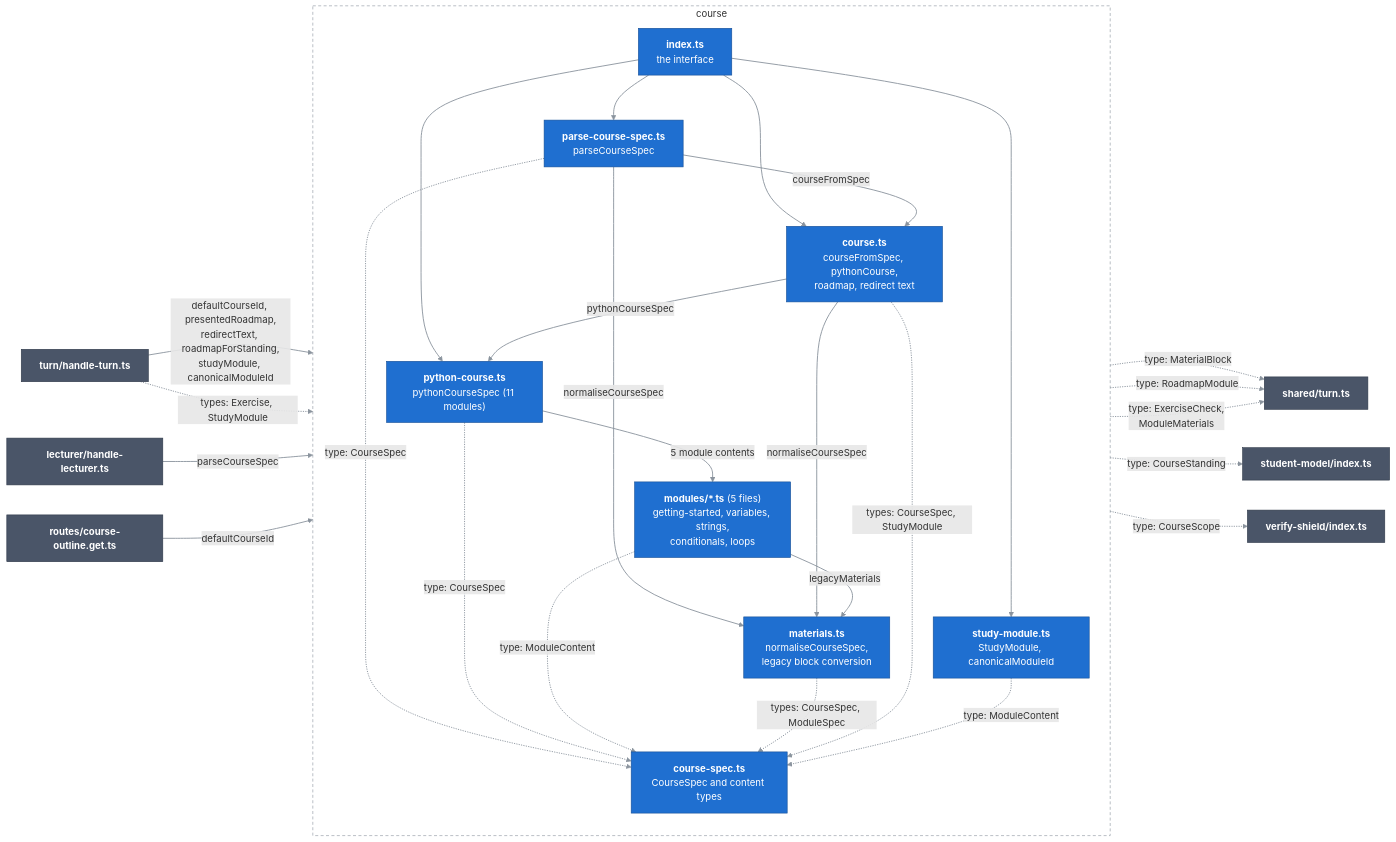
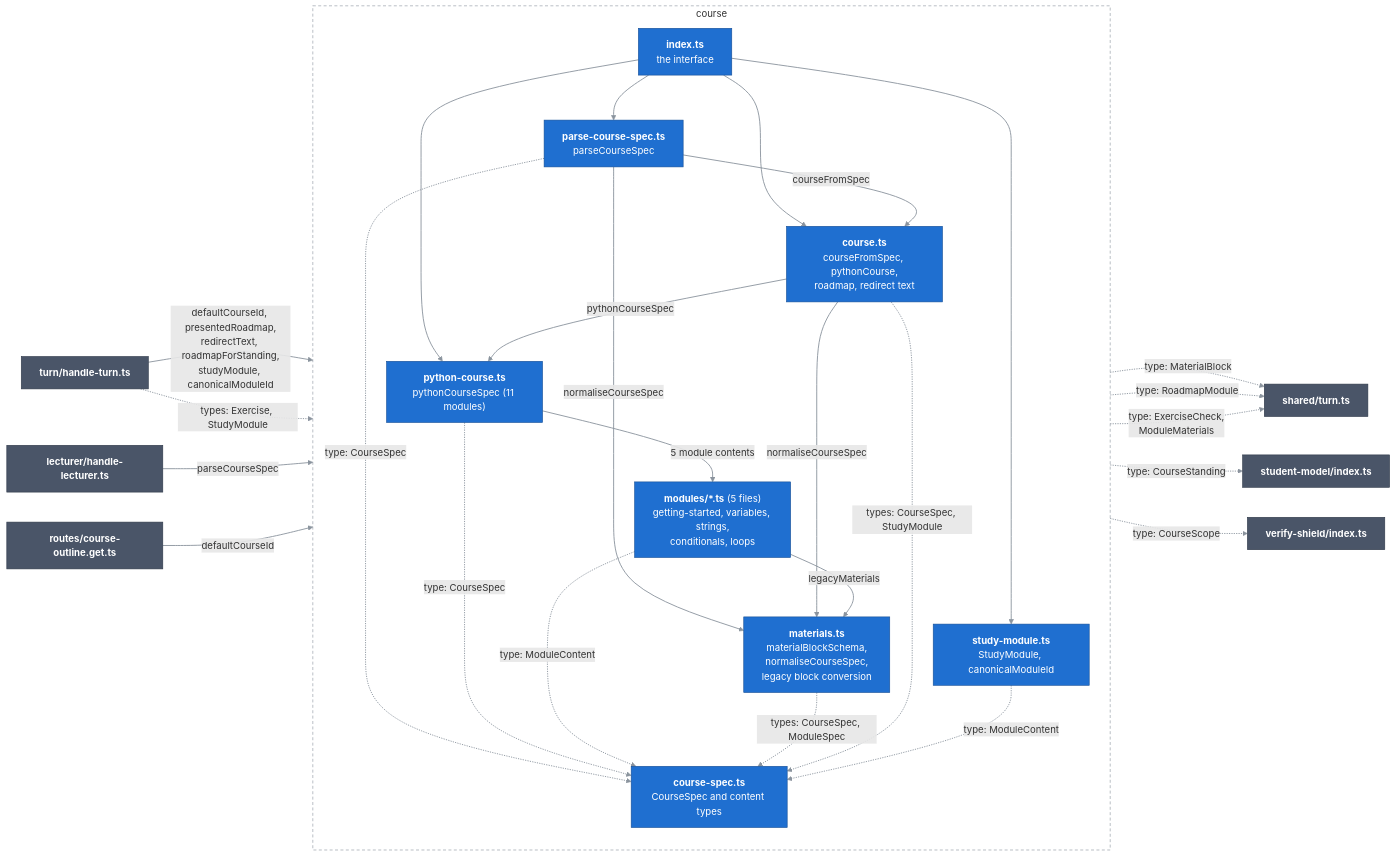
One commit to Bill2926/COS40005_HN9_Verifiable_Co-Learner_Agent changed the diagram in docs/c4/03-components/server/04-course.md. Above: the diagram before and after it, drawn with Mermaid. The commit also changed other lines of this file and 5 other files, not shown here.

````diff
--- a/docs/c4/03-components/server/04-course.md
+++ b/docs/c4/03-components/server/04-course.md
@@ -13,53 +13,53 @@
 ```mermaid
 flowchart LR
   classDef comp fill:#1f6fd0,stroke:#164f96,color:#ffffff
   classDef near fill:#4a5568,stroke:#2d3748,color:#ffffff
   linkStyle default stroke:#8b949e,stroke-width:1.5px
 
   handleTurn["<b>turn/handle-turn.ts</b>"]:::near
   lecturer["<b>lecturer/handle-lecturer.ts</b>"]:::near
   outline["<b>routes/course-outline.get.ts</b>"]:::near
   studentModel["<b>student-model/index.ts</b>"]:::near
   shield["<b>verify-shield/index.ts</b>"]:::near
   turnTypes["<b>shared/turn.ts</b>"]:::near
 
   subgraph course["course"]
     direction TB
     index["<b>index.ts</b><br/>the interface"]:::comp
     parser["<b>parse-course-spec.ts</b><br/>parseCourseSpec"]:::comp
-    materialsFile["<b>materials.ts</b><br/>normaliseCourseSpec,<br/>legacy block conversion"]:::comp
+    materialsFile["<b>materials.ts</b><br/>materialBlockSchema,<br/>normaliseCourseSpec,<br/>legacy block conversion"]:::comp
     courseFile["<b>course.ts</b><br/>courseFromSpec, pythonCourse,<br/>roadmap, redirect text"]:::comp
     spec["<b>course-spec.ts</b><br/>CourseSpec and content types"]:::comp
     pythonSpec["<b>python-course.ts</b><br/>pythonCourseSpec (11 modules)"]:::comp
     studyModule["<b>study-module.ts</b><br/>StudyModule, canonicalModuleId"]:::comp
     modules["<b>modules/*.ts</b> (5 files)<br/>getting-started, variables, strings,<br/>conditionals, loops"]:::comp
   end
 
   handleTurn -->|"defaultCourseId, presentedRoadmap,<br/>redirectText, roadmapForStanding,<br/>studyModule, canonicalModuleId"| index
   handleTurn -.->|"types: Exercise, StudyModule"| index
   lecturer -->|"parseCourseSpec"| index
   outline -->|"defaultCourseId"| index
   index --> courseFile
   index --> parser
   index --> pythonSpec
   index --> studyModule
   parser -->|"normaliseCourseSpec"| materialsFile
   parser -->|"courseFromSpec"| courseFile
   parser -.->|"type: CourseSpec"| spec
   courseFile -->|"normaliseCourseSpec"| materialsFile
   courseFile -->|"pythonCourseSpec"| pythonSpec
   pythonSpec -->|"5 module contents"| modules
   pythonSpec -.->|"type: CourseSpec"| spec
   modules -->|"legacyMaterials"| materialsFile
   modules -.->|"type: ModuleContent"| spec
   materialsFile -.->|"type: MaterialBlock"| turnTypes
   materialsFile -.->|"types: CourseSpec, ModuleSpec"| spec
   courseFile -.->|"types: CourseSpec, StudyModule"| spec
   studyModule -.->|"type: ModuleContent"| spec
   courseFile -.->|"type: CourseStanding"| studentModel
   courseFile -.->|"type: CourseScope"| shield
   courseFile -.->|"type: RoadmapModule"| turnTypes
   spec -.->|"type: ExerciseCheck,<br/>ModuleMaterials"| turnTypes
 
   style course fill:none,stroke:#8b949e,stroke-dasharray:5 4
 ```
````
